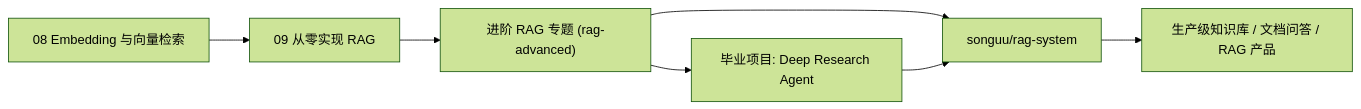
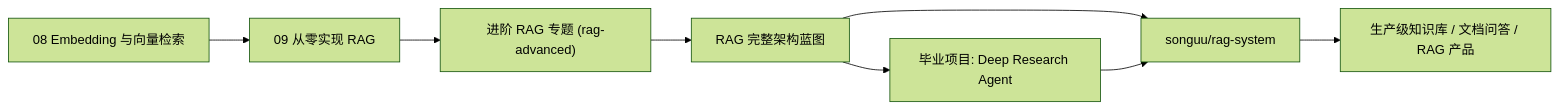
Before and after one commit to songuu/agent: the diagram in docs/rag-system-project.md, drawn with Mermaid (forest theme). The commit also changed other lines of this file and 9 other files, not shown here.

First line of the commit message:
Update documentation to include RAG 完整架构蓝图 and enhance navigation

````diff
--- a/docs/rag-system-project.md
+++ b/docs/rag-system-project.md
@@ -12,9 +12,10 @@
 ```mermaid
 flowchart LR
   A["08 Embedding 与向量检索"] --> B["09 从零实现 RAG"]
   B --> R["进阶 RAG 专题 (rag-advanced)"]
-  R --> C["毕业项目: Deep Research Agent"]
-  R --> D["songuu/rag-system"]
+  R --> X["RAG 完整架构蓝图"]
+  X --> C["毕业项目: Deep Research Agent"]
+  X --> D["songuu/rag-system"]
   C --> D
   D --> E["生产级知识库 / 文档问答 / RAG 产品"]
 ```
````
